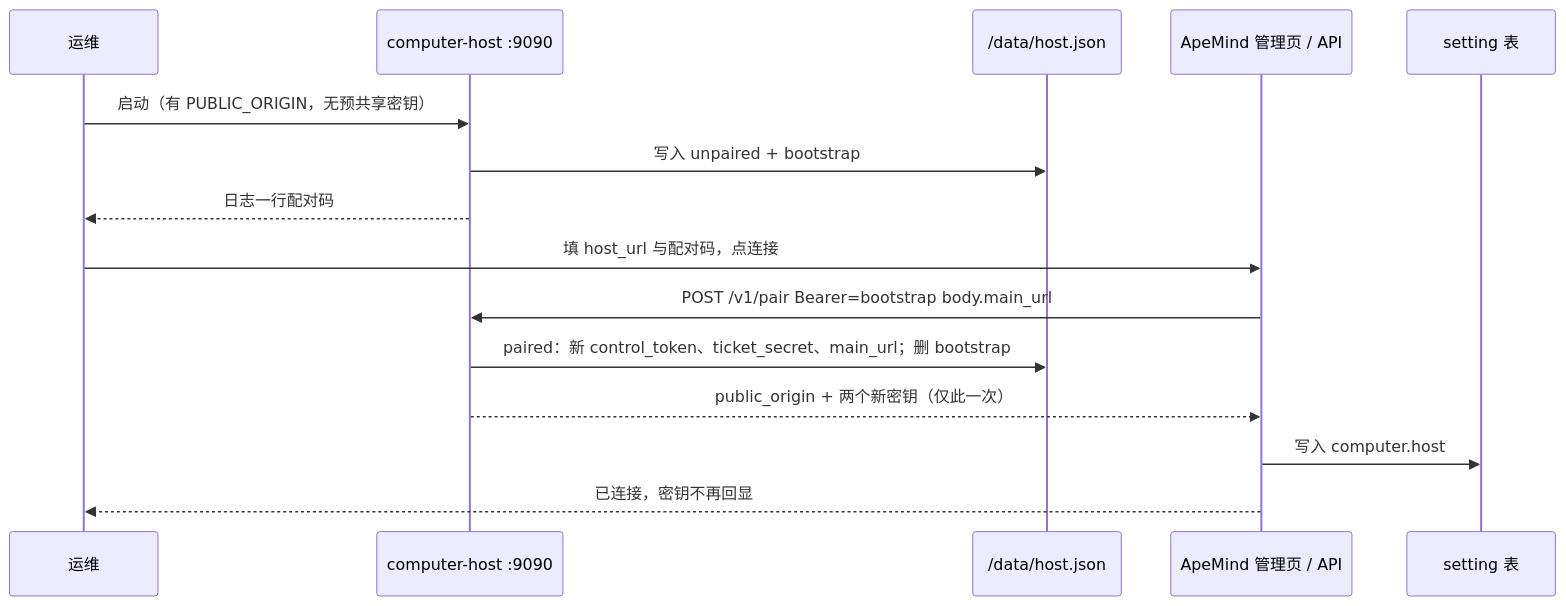
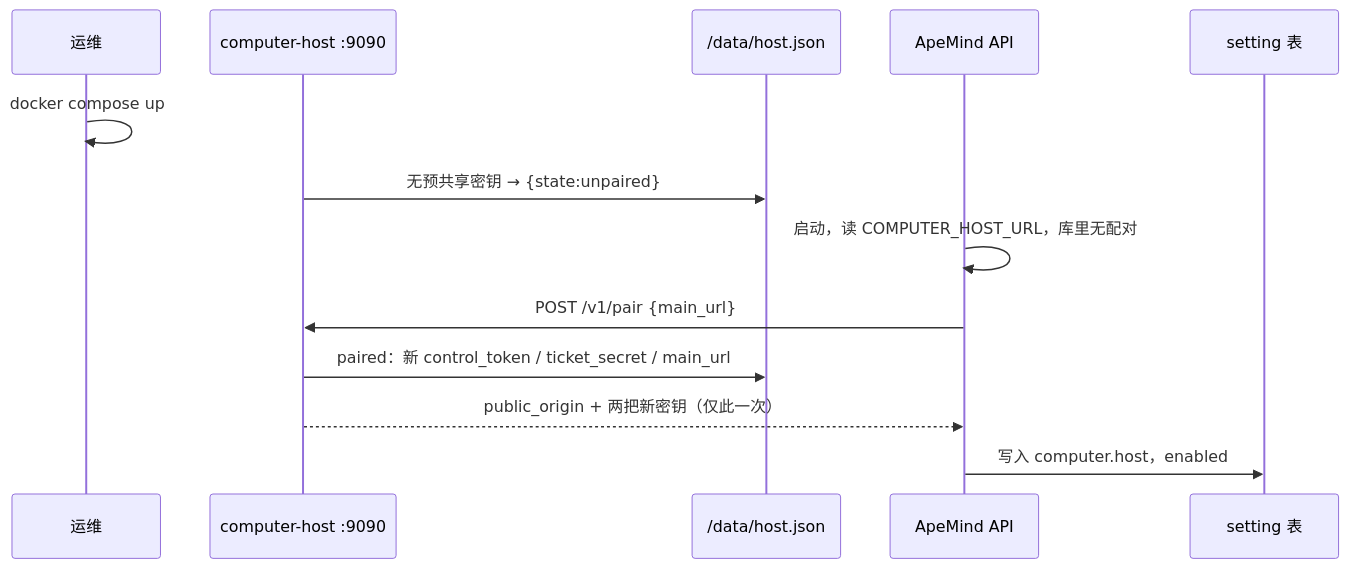
The first of 2 diagrams in docs/pairing.md (apecloud/apemind-computer), drawn with Mermaid before and after one commit. The commit also changed other lines of this file and 1 other file, not shown here.

````diff
--- a/docs/pairing.md
+++ b/docs/pairing.md
@@ -189,18 +168,16 @@
 ```mermaid
 sequenceDiagram
     participant Op as 运维
     participant H as computer-host :9090
     participant Disk as /data/host.json
-    participant A as ApeMind 管理页 / API
+    participant A as ApeMind API
     participant DB as setting 表
 
-    Op->>H: 启动（有 PUBLIC_ORIGIN，无预共享密钥）
-    H->>Disk: 写入 unpaired + bootstrap
-    H-->>Op: 日志一行配对码
-    Op->>A: 填 host_url 与配对码，点连接
-    A->>H: POST /v1/pair Bearer=bootstrap body.main_url
-    H->>Disk: paired：新 control_token、ticket_secret、main_url；删 bootstrap
-    H-->>A: public_origin + 两个新密钥（仅此一次）
-    A->>DB: 写入 computer.host
-    A-->>Op: 已连接，密钥不再回显
+    Op->>Op: docker compose up
+    H->>Disk: 无预共享密钥 → {state:unpaired}
+    A->>A: 启动，读 COMPUTER_HOST_URL，库里无配对
+    A->>H: POST /v1/pair {main_url}
+    H->>Disk: paired：新 control_token / ticket_secret / main_url
+    H-->>A: public_origin + 两把新密钥（仅此一次）
+    A->>DB: 写入 computer.host，enabled
 ```
````
